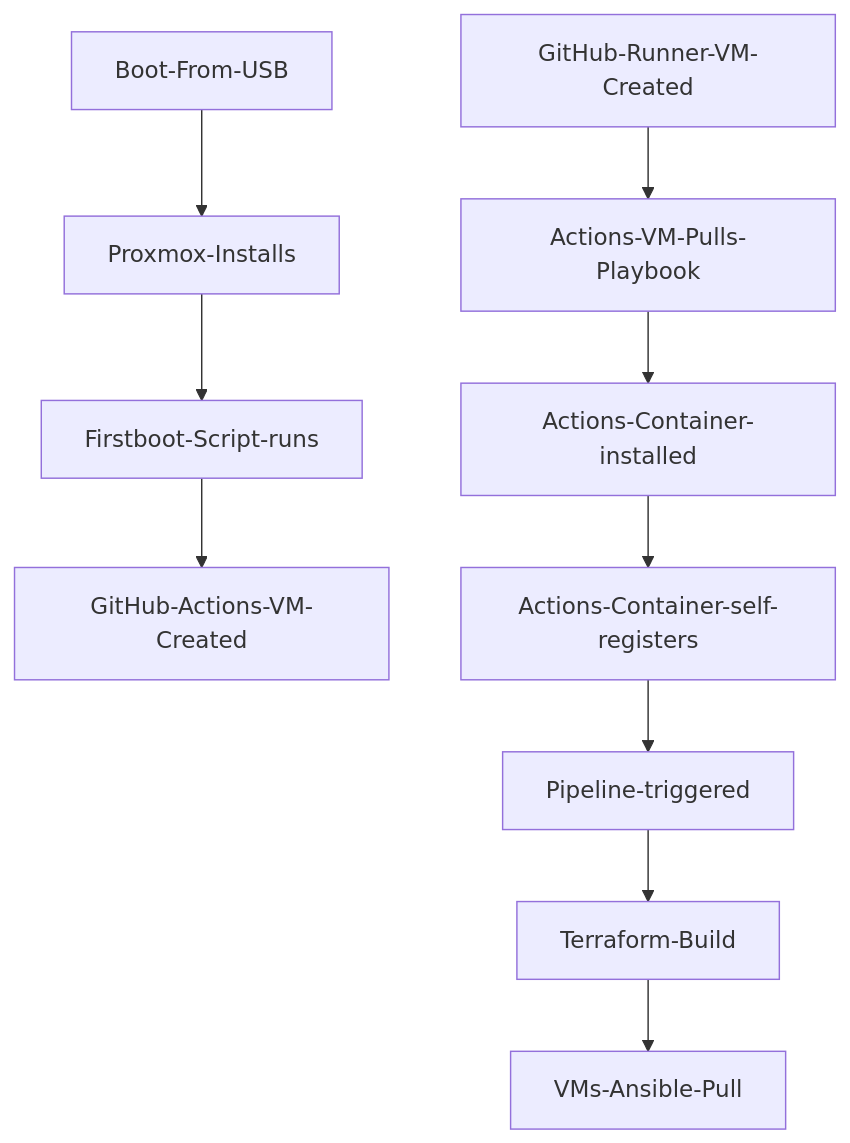
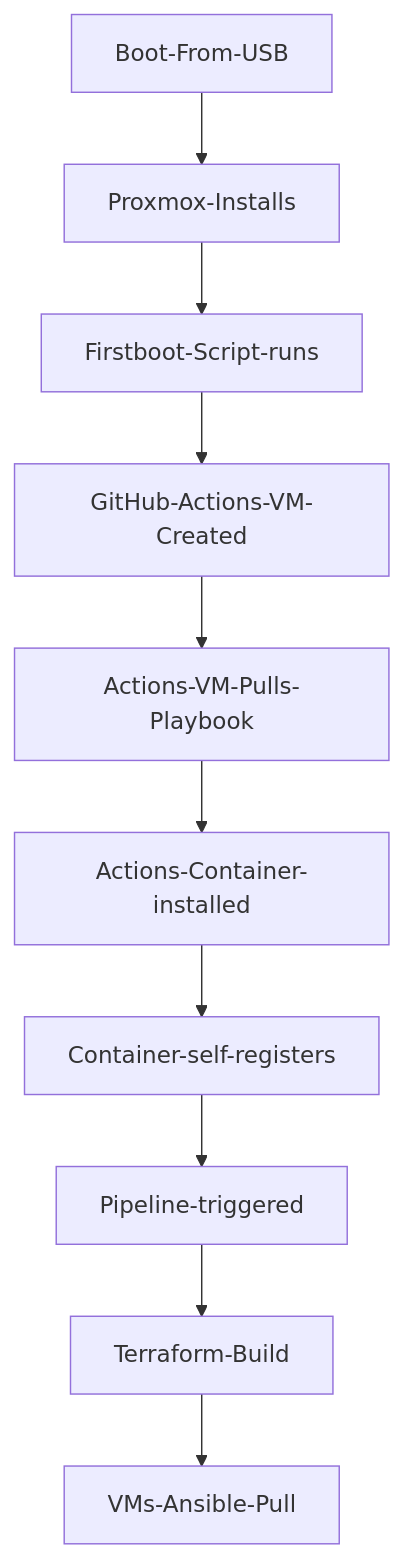
Before and after one commit to tekore/HomeOps: the diagram in README.md, drawn with Mermaid.

Commit message:
README graph updates

````diff
--- a/README.md
+++ b/README.md
@@ -14,12 +14,12 @@
 ```mermaid
 graph TD;
     Boot-From-USB-->Proxmox-Installs;
     Proxmox-Installs-->Firstboot-Script-runs;
     Firstboot-Script-runs-->GitHub-Actions-VM-Created;
-    GitHub-Runner-VM-Created-->Actions-VM-Pulls-Playbook;
+    GitHub-Actions-VM-Created-->Actions-VM-Pulls-Playbook;
     Actions-VM-Pulls-Playbook-->Actions-Container-installed;
-    Actions-Container-installed-->Actions-Container-self-registers;
-    Actions-Container-self-registers-->Pipeline-triggered;
+    Actions-Container-installed-->Container-self-registers;
+    Container-self-registers-->Pipeline-triggered;
     Pipeline-triggered-->Terraform-Build;
     Terraform-Build-->VMs-Ansible-Pull;
 ```
````
